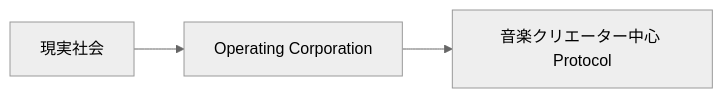
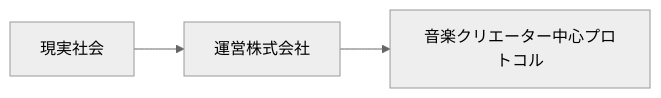
One commit to ShigeichiroYamasaki/creator-first-platform changed the second of 45 diagrams in docs/whitepaper/11-legal-sto-tax.md. Above: the diagram before and after it, drawn with Mermaid (neutral theme). The commit also changed other lines of this file and 72 other files, not shown here.

````diff
--- a/docs/whitepaper/11-legal-sto-tax.md
+++ b/docs/whitepaper/11-legal-sto-tax.md
@@ -72,8 +72,8 @@
 ```mermaid
 flowchart LR
     REAL[現実社会]
-    CORP[Operating Corporation]
-    PROTOCOL[音楽クリエーター中心 Protocol]
+    CORP[運営株式会社]
+    PROTOCOL[音楽クリエーター中心プロトコル]
 
     REAL --> CORP --> PROTOCOL
 ```
````
